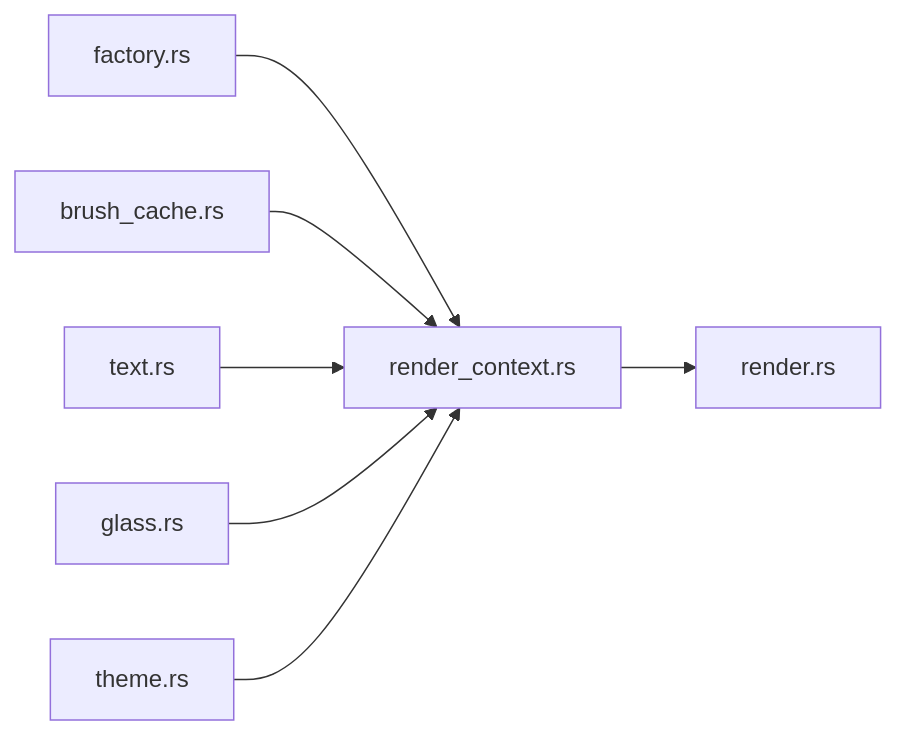
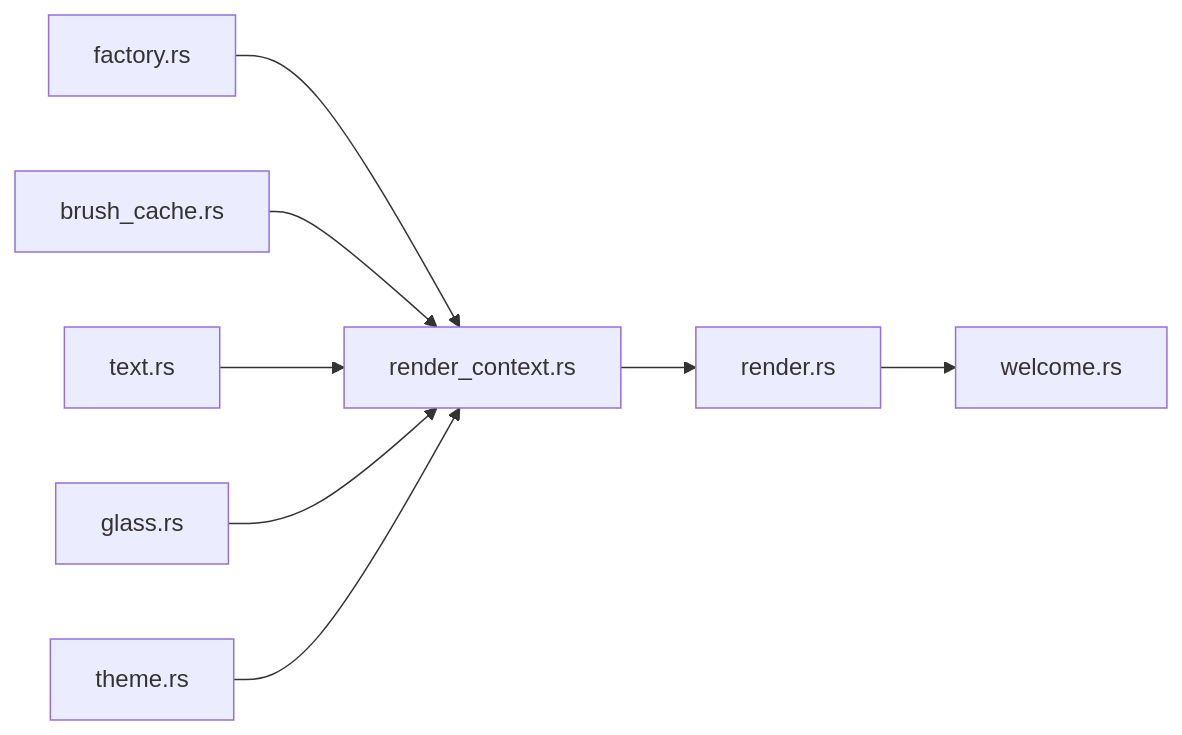
One commit to songdiyang/AetherStudio changed the eighth of 8 diagrams in .qoder/repowiki/zh/content/架构设计/渲染引擎架构/Direct2D 渲染管线.md. Above: the diagram before and after it, drawn with Mermaid. The commit also changed other lines of this file and 3 other files, not shown here.

````diff
--- a/.qoder/repowiki/zh/content/架构设计/渲染引擎架构/Direct2D 渲染管线.md
+++ b/.qoder/repowiki/zh/content/架构设计/渲染引擎架构/Direct2D 渲染管线.md
@@ -354,9 +396,10 @@
 ```mermaid
 graph LR
 FACT["factory.rs"] --> RCX["render_context.rs"]
 BRU["brush_cache.rs"] --> RCX
 TXT["text.rs"] --> RCX
 GLS["glass.rs"] --> RCX
 THE["theme.rs"] --> RCX
 RCX --> REN["render.rs"]
+REN --> WEL["welcome.rs"]
 ```
````
